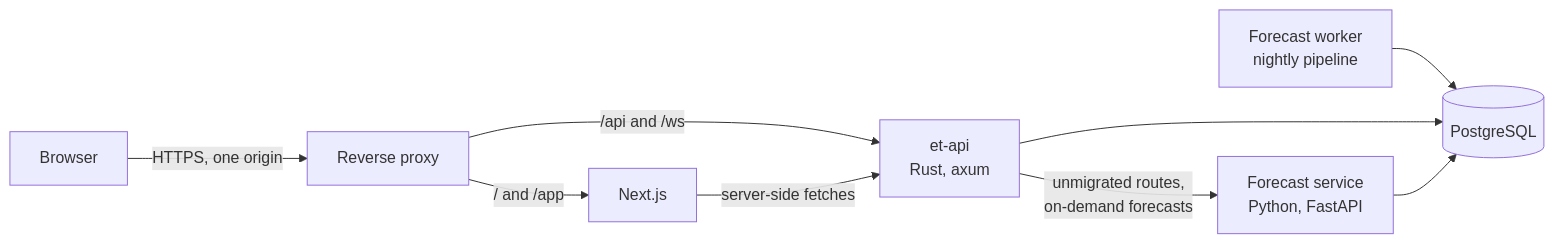
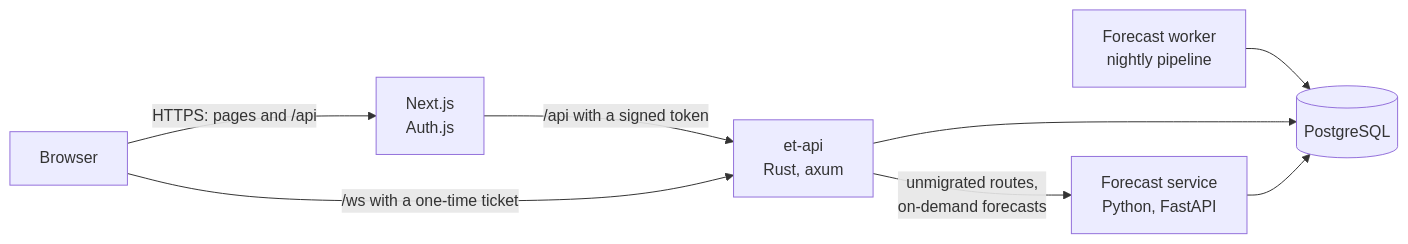
The first of 2 diagrams in docs/ROADMAP.md (kartikmadan11/EnergyTrader), drawn with Mermaid before and after one commit. The commit also changed other lines of this file and 73 other files, not shown here.

````diff
--- a/docs/ROADMAP.md
+++ b/docs/ROADMAP.md
@@ -142,11 +147,10 @@
 ```mermaid
 flowchart LR
-    browser[Browser] -->|HTTPS, one origin| proxy[Reverse proxy]
-    proxy -->|/ and /app| web[Next.js]
-    proxy -->|/api and /ws| core[et-api<br/>Rust, axum]
-    web -->|server-side fetches| core
+    browser[Browser] -->|HTTPS: pages and /api| web[Next.js<br/>Auth.js]
+    web -->|/api with a signed token| core[et-api<br/>Rust, axum]
+    browser -->|/ws with a one-time ticket| core
     core -->|unmigrated routes,<br/>on-demand forecasts| fc[Forecast service<br/>Python, FastAPI]
     worker[Forecast worker<br/>nightly pipeline] --> db[(PostgreSQL)]
     core --> db
     fc --> db
 ```
````
